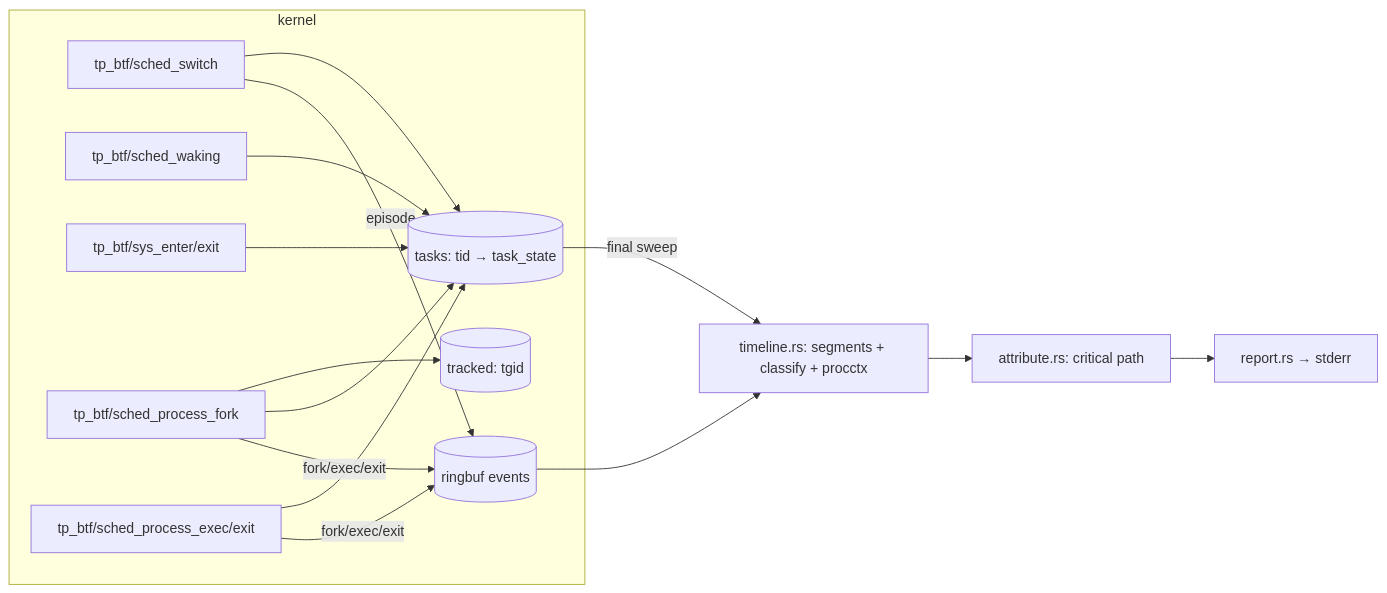
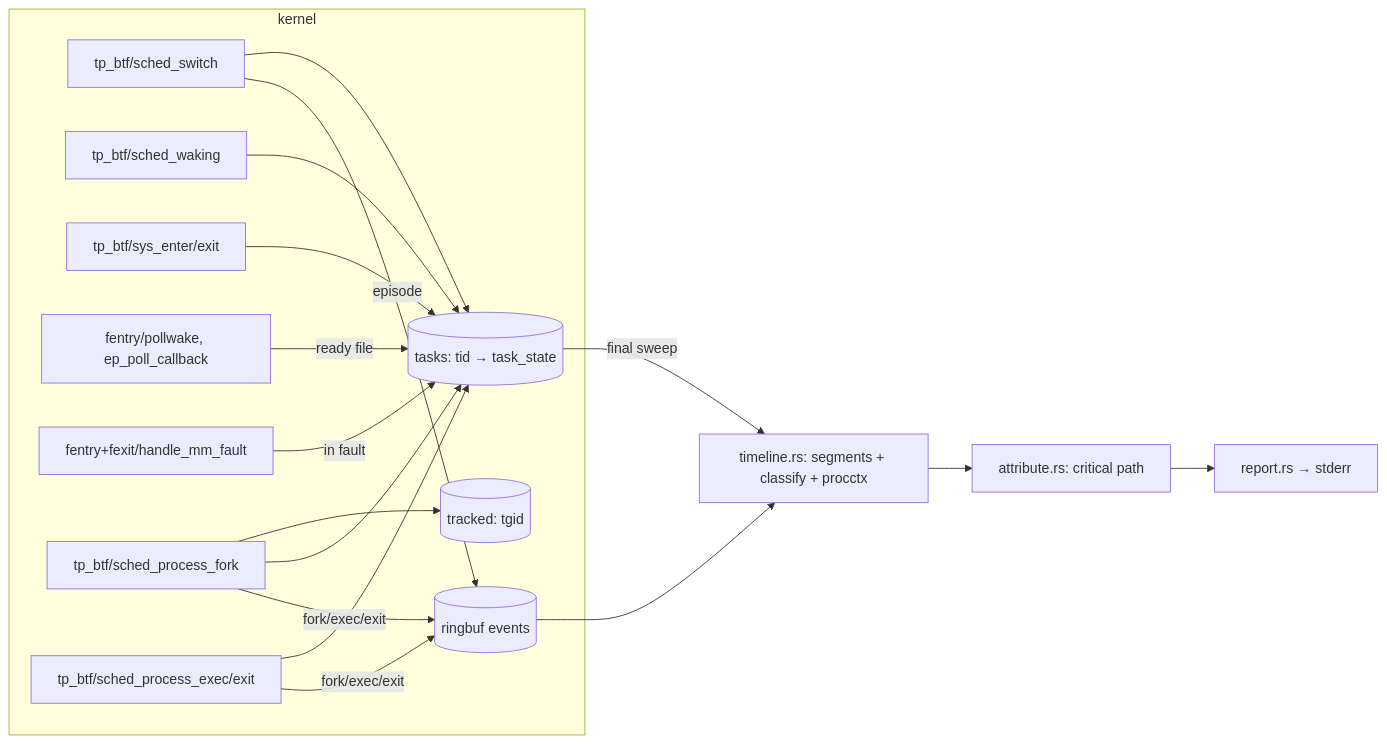
The diagram in AGENTS.md (Arinerron/whytime), drawn with Mermaid before and after one commit. The commit also changed other lines of this file and 17 other files, not shown here.

First line of the commit message:
feat/wake: poll/epoll readiness source, page-fault class, interrupt-context and out-of-tree wakers, CPU holders

````diff
--- a/AGENTS.md
+++ b/AGENTS.md
@@ -87,16 +90,18 @@
 ```mermaid
 flowchart LR
   subgraph kernel
     SW[tp_btf/sched_switch] --> TS[(tasks: tid → task_state)]
     WK[tp_btf/sched_waking] --> TS
     SE[tp_btf/sys_enter/exit] --> TS
+    PW[fentry/pollwake, ep_poll_callback] -- ready file --> TS
+    MF[fentry+fexit/handle_mm_fault] -- in fault --> TS
     FK[tp_btf/sched_process_fork] --> TR[(tracked: tgid)]
     FK --> TS
     EX[tp_btf/sched_process_exec/exit] --> TS
     SW -- episode --> RB[(ringbuf events)]
     FK & EX -- fork/exec/exit --> RB
   end
   RB --> TL[timeline.rs: segments + classify + procctx]
   TS -- final sweep --> TL
   TL --> AT[attribute.rs: critical path] --> RP[report.rs → stderr]
 ```
````
